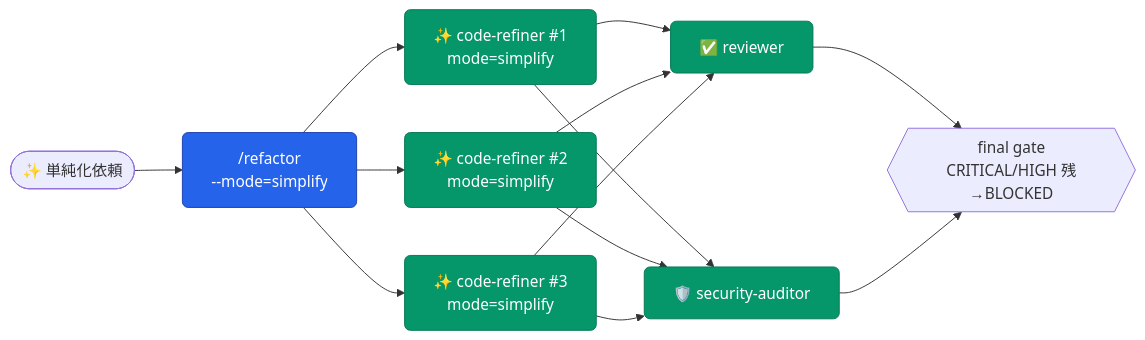
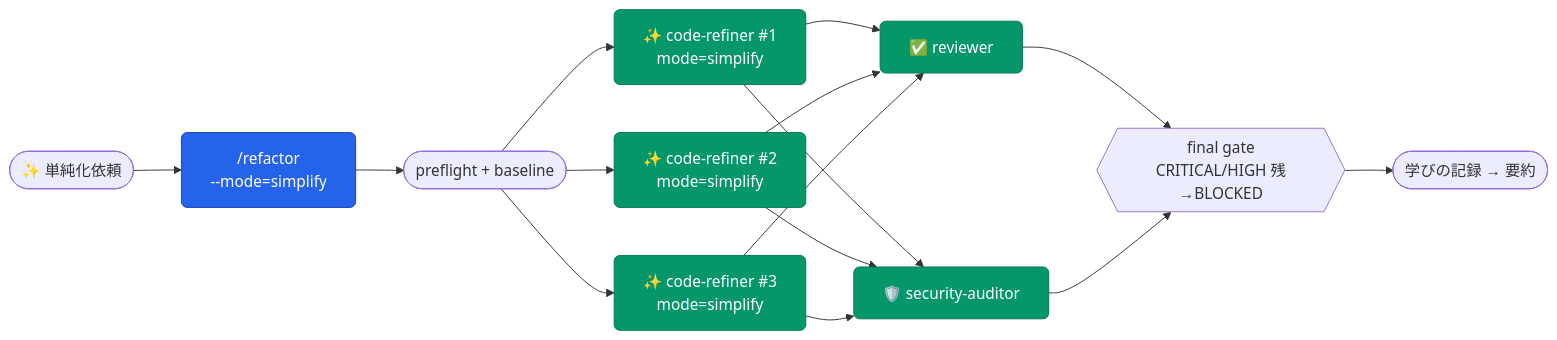
The fourth of 19 diagrams in README.md (aokumablue/claq), drawn with Mermaid before and after one commit. The commit also changed other lines of this file, not shown here.

````diff
--- a/README.md
+++ b/README.md
@@ -297,13 +297,15 @@
 ```mermaid
 flowchart LR
   classDef cmd    fill:#2563eb,stroke:#1e40af,color:#fff,rx:6
   classDef agent  fill:#059669,stroke:#047857,color:#fff,rx:6
 
   U(["✨ 単純化依頼"]) --> CREF["/refactor<br/>--mode=simplify"]:::cmd
-  CREF --> AS1["✨ code-refiner #1<br/>mode=simplify"]:::agent
-  CREF --> AS2["✨ code-refiner #2<br/>mode=simplify"]:::agent
-  CREF --> AS3["✨ code-refiner #3<br/>mode=simplify"]:::agent
+  CREF --> PRE(["preflight + baseline"])
+  PRE --> AS1["✨ code-refiner #1<br/>mode=simplify"]:::agent
+  PRE --> AS2["✨ code-refiner #2<br/>mode=simplify"]:::agent
+  PRE --> AS3["✨ code-refiner #3<br/>mode=simplify"]:::agent
   AS1 & AS2 & AS3 --> AR["✅ reviewer"]:::agent
   AS1 & AS2 & AS3 --> ASEC["🛡️ security-auditor"]:::agent
   AR & ASEC --> GATE{{"final gate<br/>CRITICAL/HIGH 残→BLOCKED"}}
+  GATE --> SUM(["学びの記録 → 要約"])
 ```
````
